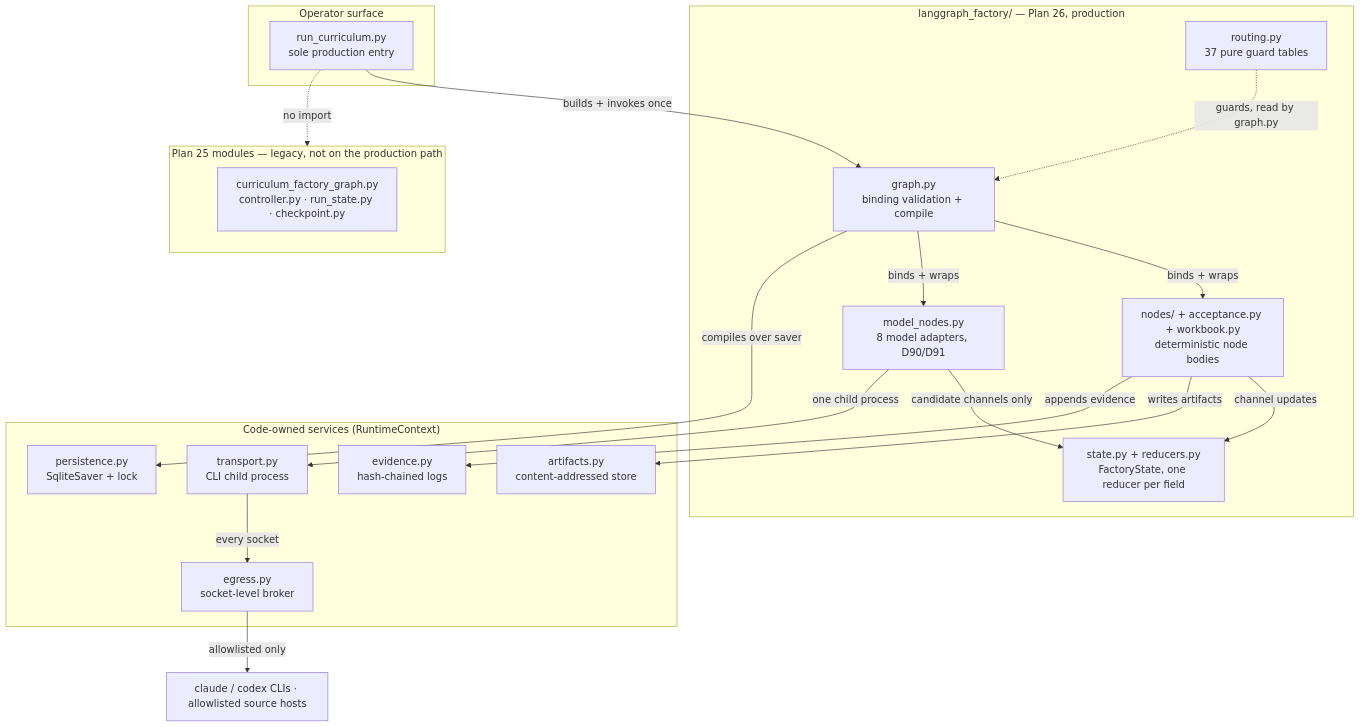
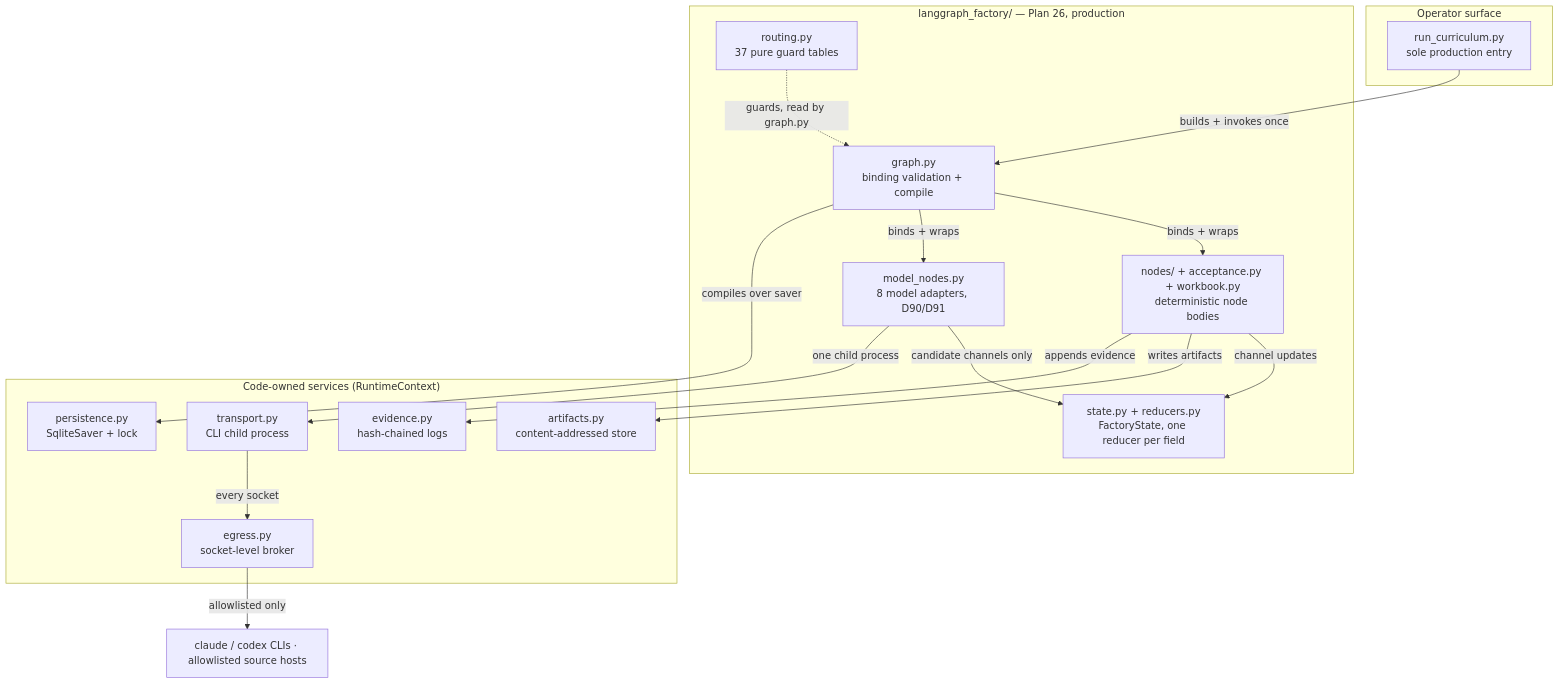
Before and after one commit to filipeapinto/curriculum_builder: the first of 2 diagrams in docs/curriculum_factory-system-guide.md, drawn with Mermaid. The commit also changed other lines of this file and 42 other files, not shown here.

First line of the commit message:
refactor(repo): remove legacy pre-Plan-26 runtime and its tests

````diff
--- a/docs/curriculum_factory-system-guide.md
+++ b/docs/curriculum_factory-system-guide.md
@@ -53,38 +53,34 @@
 ```mermaid
 flowchart TB
   subgraph OP["Operator surface"]
     CLI["run_curriculum.py<br/>sole production entry"]
   end
   subgraph P26["langgraph_factory/ — Plan 26, production"]
     G["graph.py<br/>binding validation + compile"]
     ST["state.py + reducers.py<br/>FactoryState, one reducer per field"]
     RT["routing.py<br/>37 pure guard tables"]
     ND["nodes/ + acceptance.py + workbook.py<br/>deterministic node bodies"]
     MN["model_nodes.py<br/>8 model adapters, D90/D91"]
   end
   subgraph SVC["Code-owned services (RuntimeContext)"]
     AS["artifacts.py<br/>content-addressed store"]
     EV["evidence.py<br/>hash-chained logs"]
     TP["transport.py<br/>CLI child process"]
     EG["egress.py<br/>socket-level broker"]
     PS["persistence.py<br/>SqliteSaver + lock"]
   end
-  subgraph P25["Plan 25 modules — legacy, not on the production path"]
-    OLD["curriculum_factory_graph.py<br/>controller.py · run_state.py · checkpoint.py"]
-  end
   EXT["claude / codex CLIs · allowlisted source hosts"]
 
   CLI -->|"builds + invokes once"| G
   G -->|"binds + wraps"| ND
   G -->|"binds + wraps"| MN
   ND -->|"channel updates"| ST
   MN -->|"candidate channels only"| ST
   RT -.->|"guards, read by graph.py"| G
   ND -->|"writes artifacts"| AS
   ND -->|"appends evidence"| EV
   MN -->|"one child process"| TP
   TP -->|"every socket"| EG
   EG -->|"allowlisted only"| EXT
   G -->|"compiles over saver"| PS
-  CLI -.->|"no import"| P25
 ```
````
